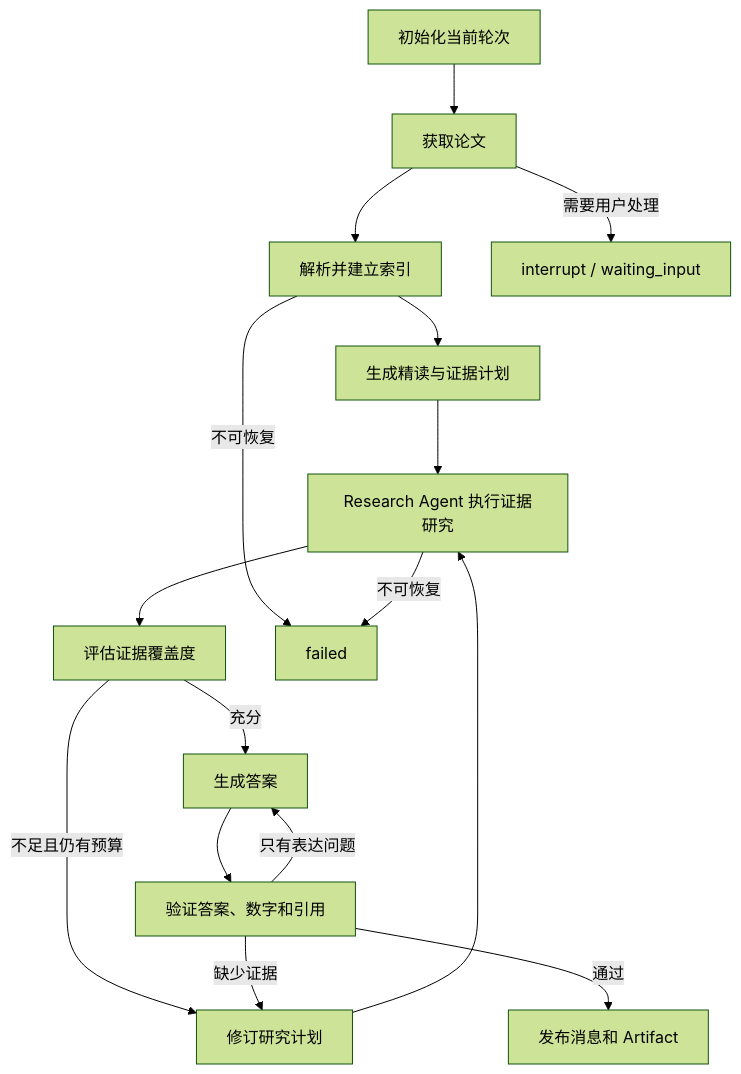
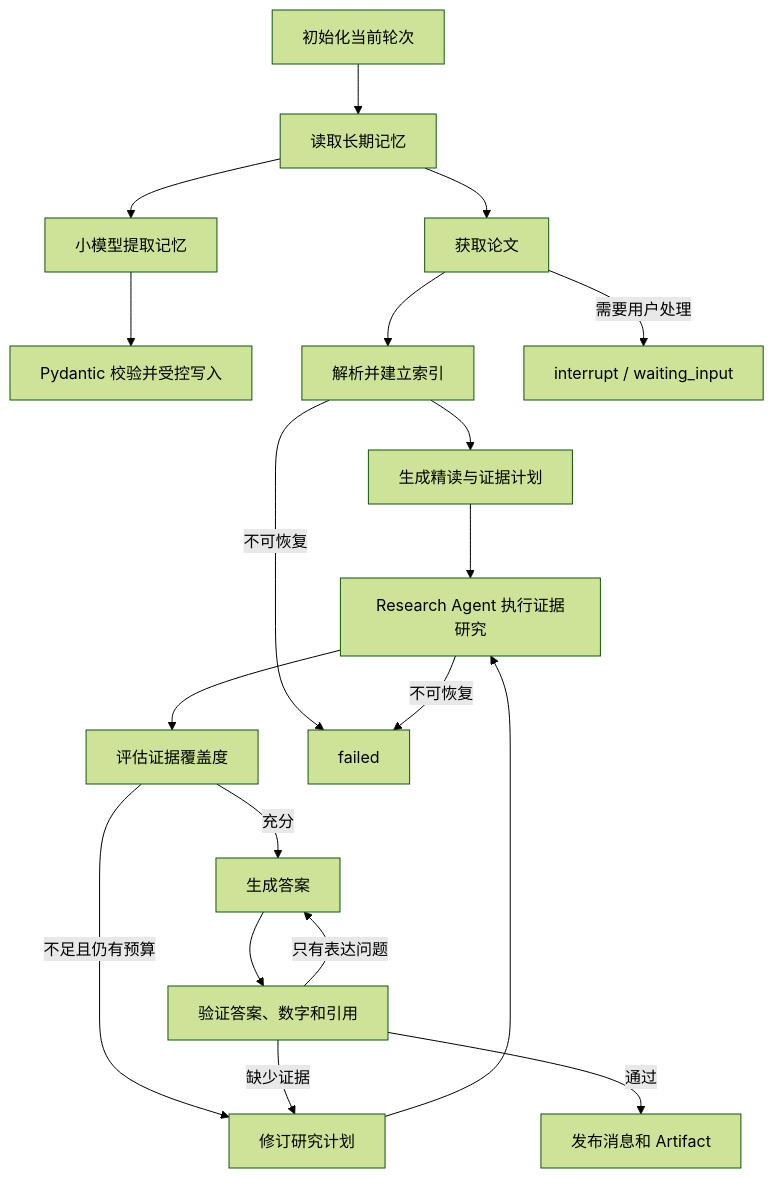
Before and after one commit to PatrickYxz/paperpilot: the second of 4 diagrams in docs/codex-only-plans/2026-08-06-paperpilot-langgraph-refactor-design.md, drawn with Mermaid (forest theme). The commit also changed other lines of this file, not shown here.

````diff
--- a/docs/codex-only-plans/2026-08-06-paperpilot-langgraph-refactor-design.md
+++ b/docs/codex-only-plans/2026-08-06-paperpilot-langgraph-refactor-design.md
@@ -90,18 +96,21 @@
 ```mermaid
 flowchart TD
-    A["初始化当前轮次"] --> B["获取论文"]
+    A["初始化当前轮次"] --> M["读取长期记忆"]
+    M --> B["获取论文"]
+    M --> N["小模型提取记忆"]
+    N --> O["Pydantic 校验并受控写入"]
     B --> C["解析并建立索引"]
     C --> D["生成精读与证据计划"]
     D --> E["Research Agent 执行证据研究"]
     E --> F["评估证据覆盖度"]
     F -->|"不足且仍有预算"| G["修订研究计划"]
     G --> E
     F -->|"充分"| H["生成答案"]
     H --> I["验证答案、数字和引用"]
     I -->|"缺少证据"| G
     I -->|"只有表达问题"| H
     I -->|"通过"| J["发布消息和 Artifact"]
     B -->|"需要用户处理"| K["interrupt / waiting_input"]
     C -->|"不可恢复"| L["failed"]
     E -->|"不可恢复"| L
 ```
````
